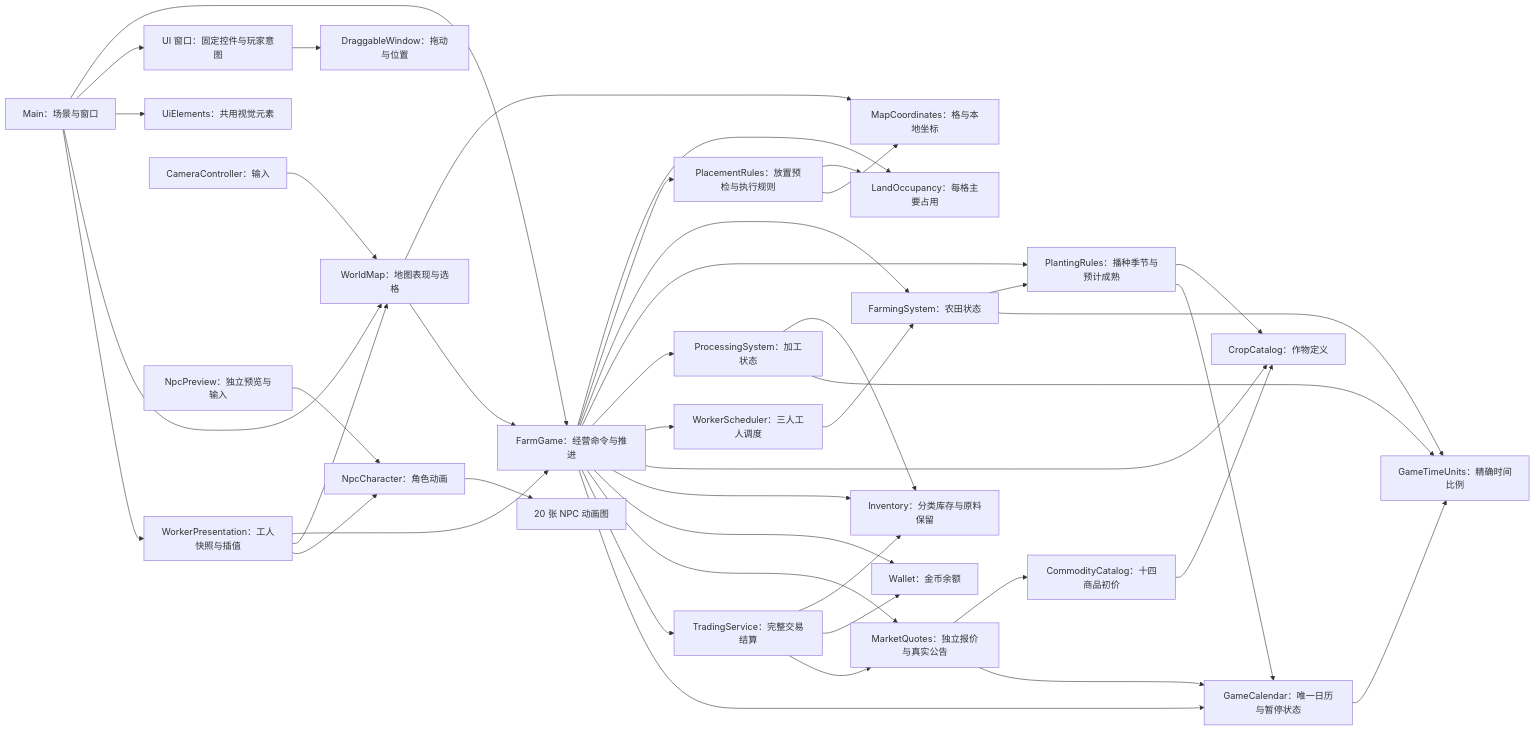
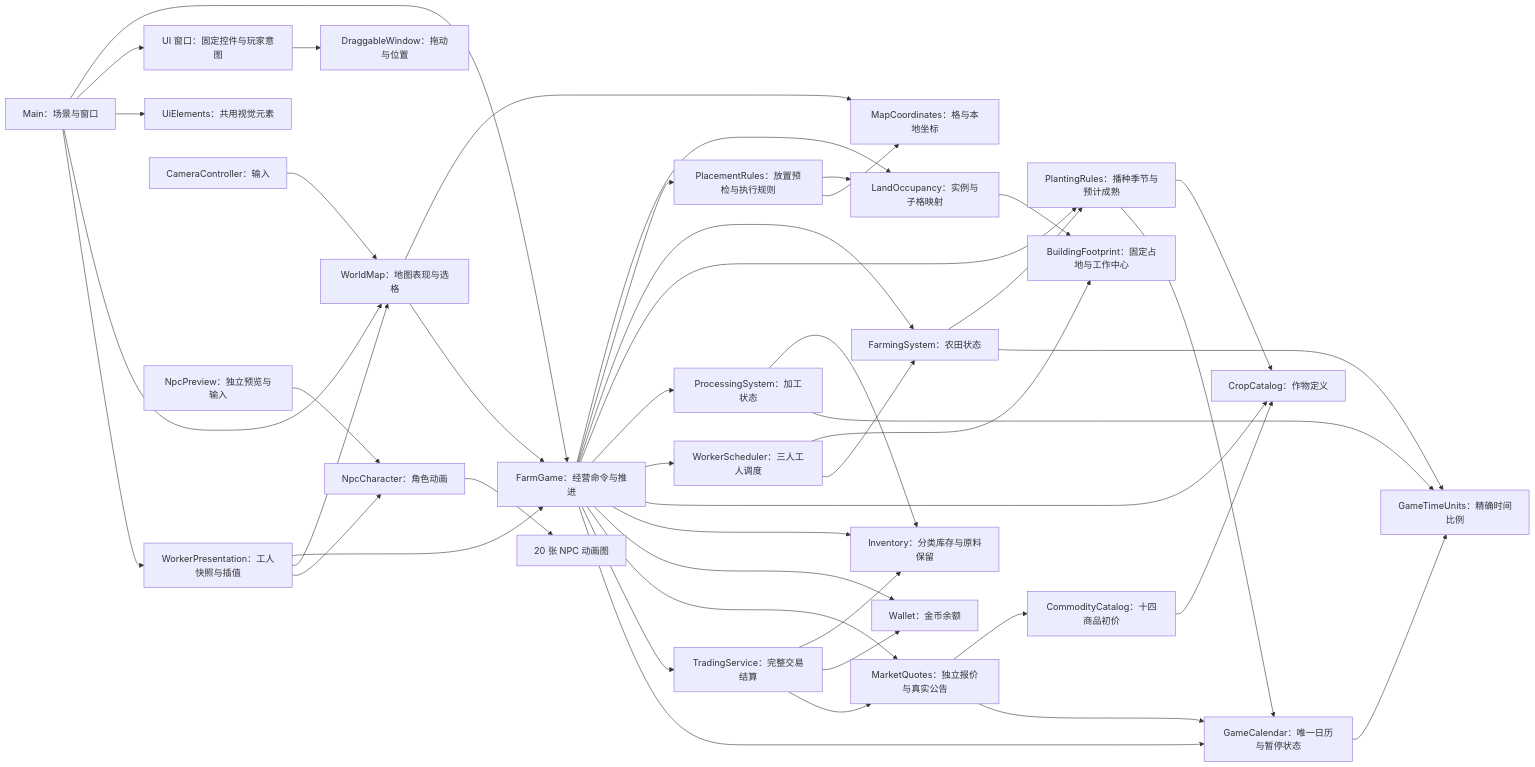
The diagram in docs/architecture/implementation-system-organization.md (Fotally/Farm-Exchange), drawn with Mermaid before and after one commit. The commit also changed other lines of this file and 68 other files, not shown here.

````diff
--- a/docs/architecture/implementation-system-organization.md
+++ b/docs/architecture/implementation-system-organization.md
@@ -5,45 +5,47 @@
 ```mermaid
 flowchart LR
     Main[Main：场景与窗口] --> FarmGame[FarmGame：经营命令与推进]
     Main --> UiWindows[UI 窗口：固定控件与玩家意图]
     UiWindows --> DragWindow[DraggableWindow：拖动与位置]
     Main --> UiStyle[UiElements：共用视觉元素]
     Main --> WorldMap[WorldMap：地图表现与选格]
     Main --> WorkerPresentation[WorkerPresentation：工人快照与插值]
     WorkerPresentation --> FarmGame
     WorkerPresentation --> WorldMap
     WorkerPresentation --> NpcCharacter[NpcCharacter：角色动画]
     Camera[CameraController：输入] --> WorldMap
     WorldMap --> MapCoordinates[MapCoordinates：格与本地坐标]
     WorldMap --> FarmGame
-    FarmGame --> LandOccupancy[LandOccupancy：每格主要占用]
+    FarmGame --> LandOccupancy[LandOccupancy：实例与子格映射]
+    LandOccupancy --> Footprint[BuildingFootprint：固定占地与工作中心]
+    WorkerScheduler --> Footprint
     FarmGame --> PlacementRules[PlacementRules：放置预检与执行规则]
     PlacementRules --> LandOccupancy
     PlacementRules --> MapCoordinates
     FarmGame --> FarmingSystem[FarmingSystem：农田状态]
     FarmGame --> PlantingRules[PlantingRules：播种季节与预计成熟]
     FarmGame --> ProcessingSystem[ProcessingSystem：加工状态]
     FarmGame --> WorkerScheduler[WorkerScheduler：三人工人调度]
     WorkerScheduler --> FarmingSystem
     FarmingSystem --> PlantingRules
     PlantingRules --> CropCatalog
     PlantingRules --> GameCalendar
     FarmGame --> CropCatalog[CropCatalog：作物定义]
     FarmGame --> Inventory[Inventory：分类库存与原料保留]
     ProcessingSystem --> Inventory
     FarmGame --> Wallet[Wallet：金币余额]
     FarmGame --> Market[MarketQuotes：独立报价与真实公告]
     FarmGame --> Trading[TradingService：完整交易结算]
     Trading --> Inventory
     Trading --> Wallet
     Trading --> Market
     Market --> CommodityCatalog[CommodityCatalog：十四商品初价]
     CommodityCatalog --> CropCatalog
     Market --> GameCalendar
     FarmGame --> GameCalendar[GameCalendar：唯一日历与暂停状态]
     FarmingSystem --> GameTimeUnits[GameTimeUnits：精确时间比例]
     ProcessingSystem --> GameTimeUnits
     GameCalendar --> GameTimeUnits
     NpcPreview[NpcPreview：独立预览与输入] --> NpcCharacter
     NpcCharacter --> NpcSheets[20 张 NPC 动画图]
 ```
````
